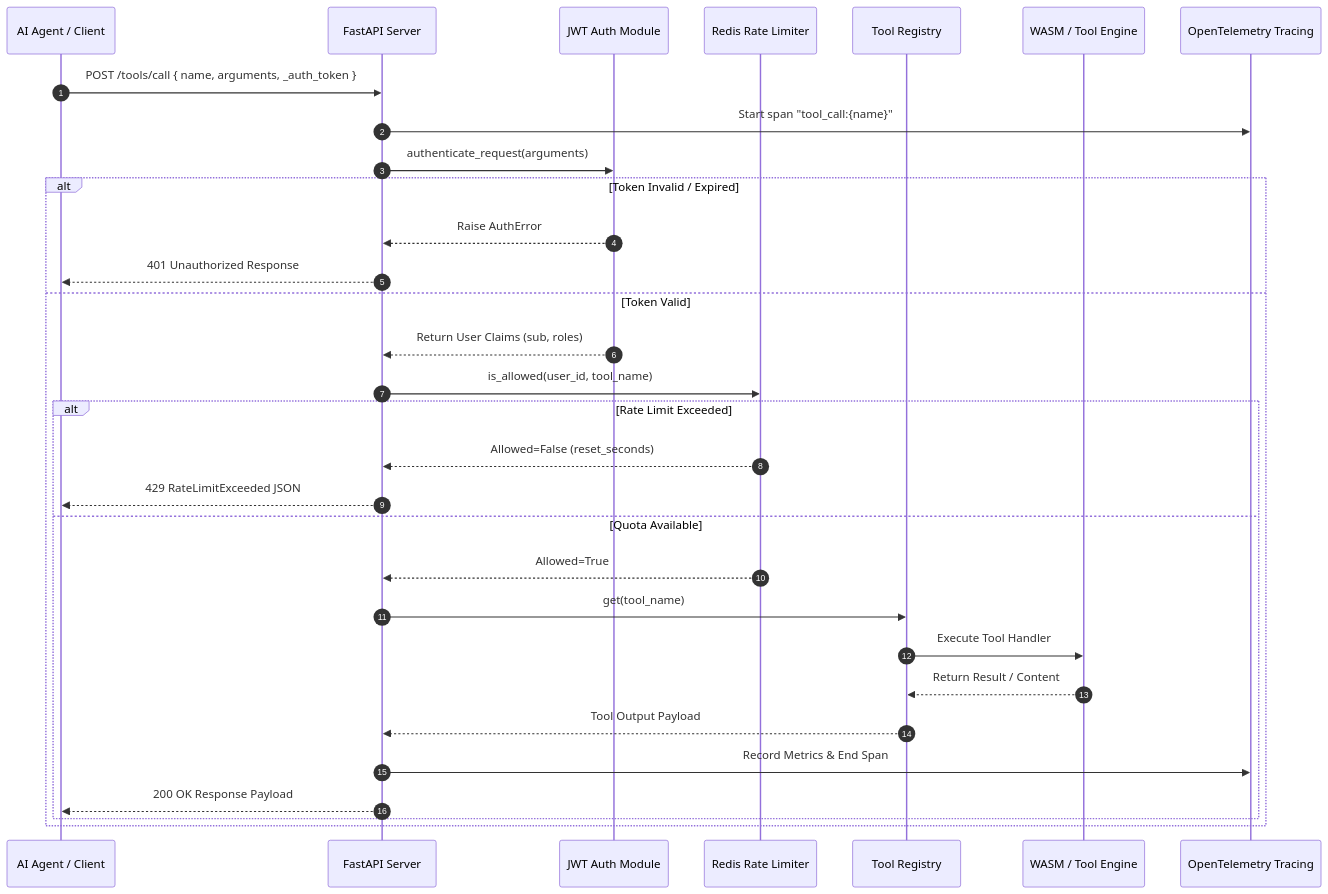
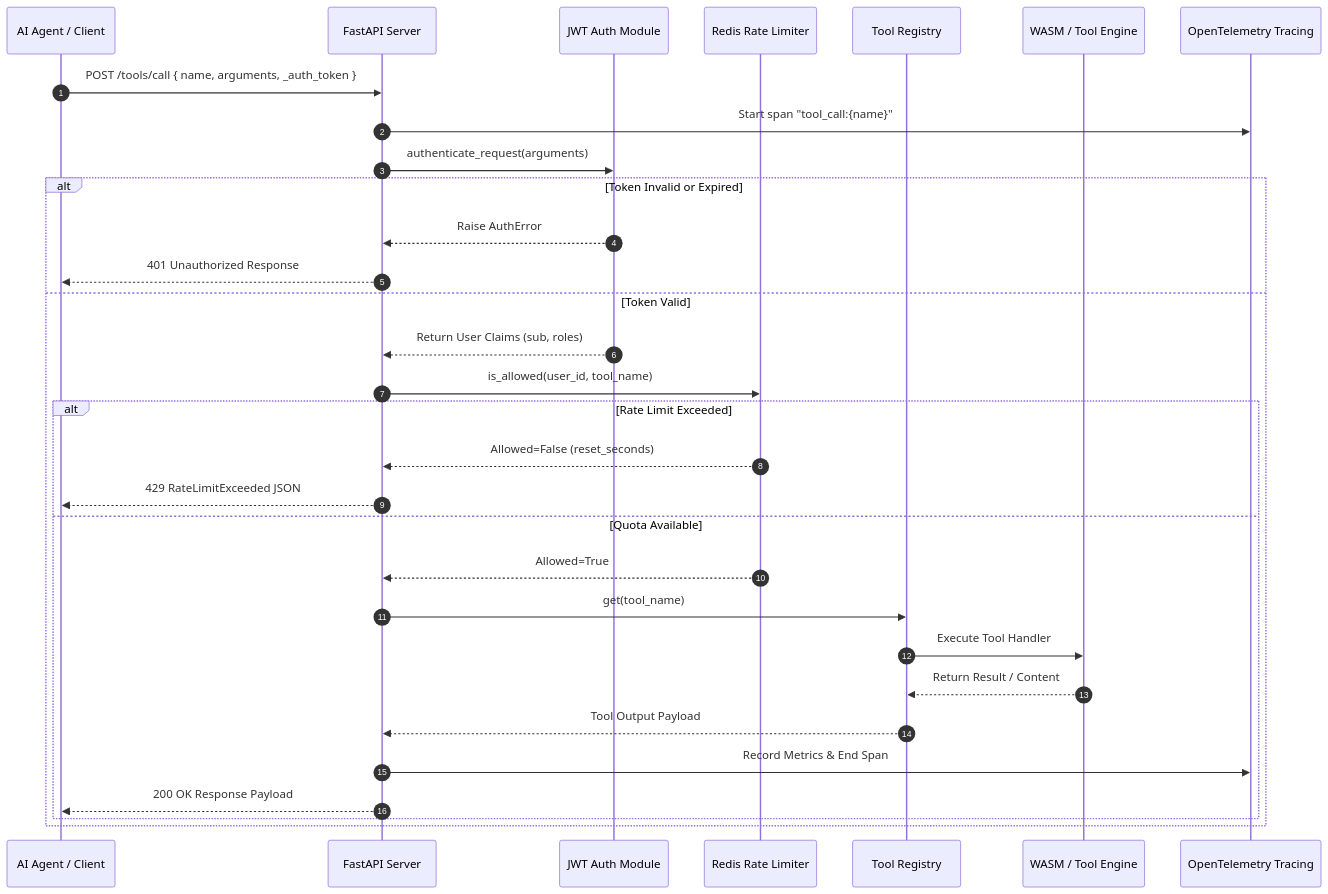
Before and after one commit to adarshthakur9240/Isolyth: the second of 10 diagrams in README.md, drawn with Mermaid. The commit also changed other lines of this file, not shown here.

Commit message:
fix(docs): quote all Mermaid edge labels and clean classDiagram syntax for GitHub rich display

````diff
--- a/README.md
+++ b/README.md
@@ -86,34 +86,34 @@
 ```mermaid
 sequenceDiagram
     autonumber
     participant Agent as AI Agent / Client
     participant HTTP as FastAPI Server
     participant Auth as JWT Auth Module
     participant Redis as Redis Rate Limiter
     participant Reg as Tool Registry
     participant Sandbox as WASM / Tool Engine
     participant OTEL as OpenTelemetry Tracing
 
     Agent->>HTTP: POST /tools/call { name, arguments, _auth_token }
     HTTP->>OTEL: Start span "tool_call:{name}"
     HTTP->>Auth: authenticate_request(arguments)
-    alt Token Invalid / Expired
+    alt Token Invalid or Expired
         Auth-->>HTTP: Raise AuthError
         HTTP-->>Agent: 401 Unauthorized Response
     else Token Valid
         Auth-->>HTTP: Return User Claims (sub, roles)
         HTTP->>Redis: is_allowed(user_id, tool_name)
         alt Rate Limit Exceeded
             Redis-->>HTTP: Allowed=False (reset_seconds)
             HTTP-->>Agent: 429 RateLimitExceeded JSON
         else Quota Available
             Redis-->>HTTP: Allowed=True
             HTTP->>Reg: get(tool_name)
             Reg->>Sandbox: Execute Tool Handler
             Sandbox-->>Reg: Return Result / Content
             Reg-->>HTTP: Tool Output Payload
             HTTP->>OTEL: Record Metrics & End Span
             HTTP-->>Agent: 200 OK Response Payload
         end
     end
 ```
````
